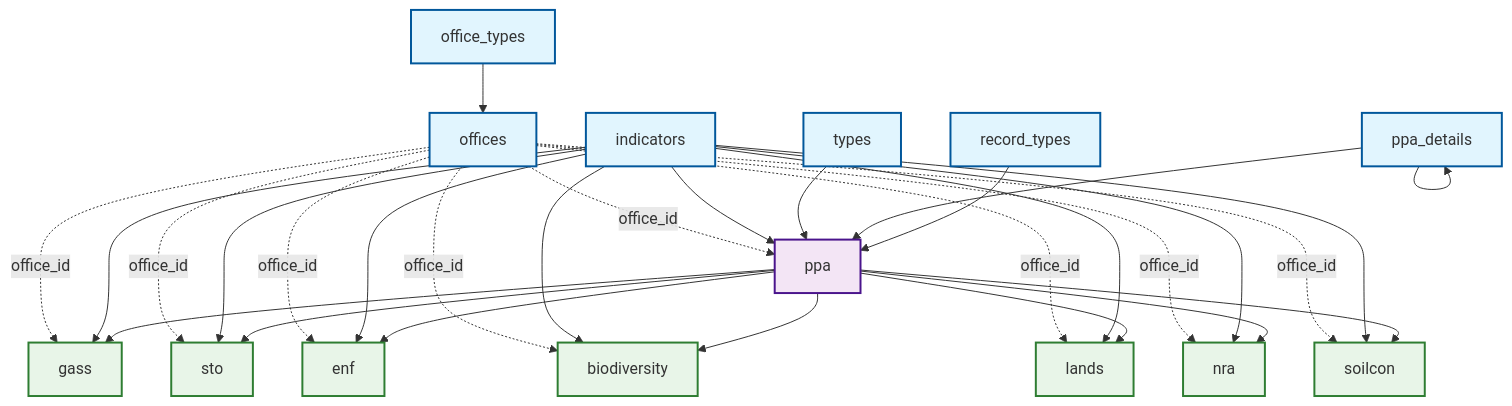
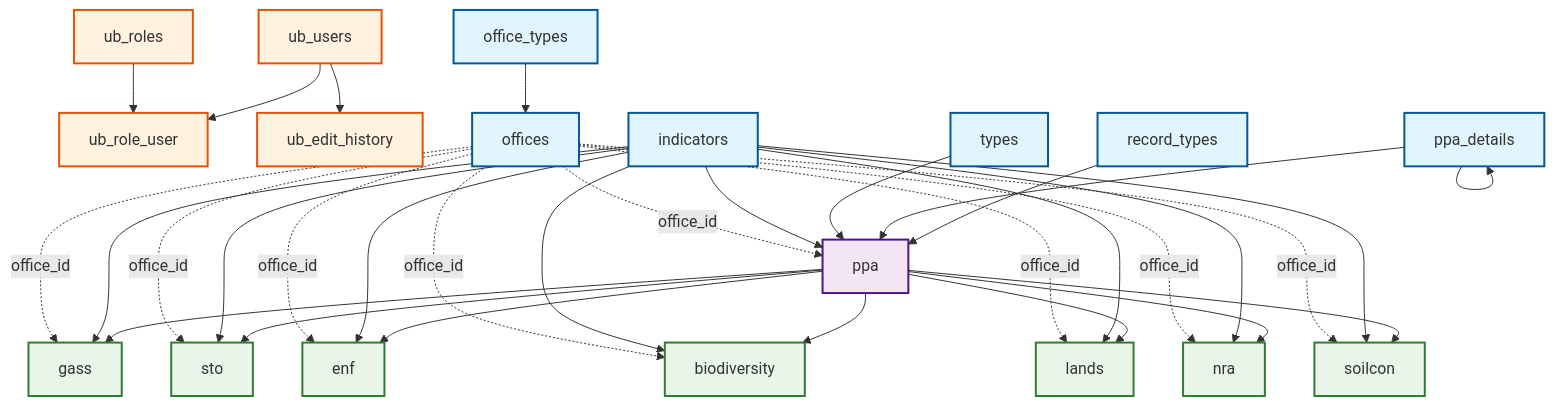
The second of 12 diagrams in db-schema-and-diagram.md (brandon3sican/univ_base), drawn with Mermaid before and after one commit. The commit also changed other lines of this file and 3 other files, not shown here.

````diff
--- a/db-schema-and-diagram.md
+++ b/db-schema-and-diagram.md
@@ -230,49 +263,56 @@
 ```mermaid
 flowchart TD
+    %% Authentication
+    U[ub_users] --> RU[ub_role_user]
+    R[ub_roles] --> RU
+    U --> EH[ub_edit_history]
+    
     %% Office Setup
     OT[office_types] --> O[offices]
     
     %% PPA Structure
     RT[record_types] --> P[ppa]
     PD[ppa_details] --> P
     T[types] --> P
     I[indicators] --> P
     
     %% Module Tables
     P --> GASS[gass]
     P --> STO[sto]
     P --> ENF[enf]
     P --> BIO[biodiversity]
     P --> LAND[lands]
     P --> NRA[nra]
     P --> SOIL[soilcon]
     
     I --> GASS
     I --> STO
     I --> ENF
     I --> BIO
     I --> LAND
     I --> NRA
     I --> SOIL
     
     %% JSON Connections
     O -.->|office_id| P
     O -.->|office_id| GASS
     O -.->|office_id| STO
     O -.->|office_id| ENF
     O -.->|office_id| BIO
     O -.->|office_id| LAND
     O -.->|office_id| NRA
     O -.->|office_id| SOIL
     
     %% Self-reference
     PD --> PD
     
+    classDef auth fill:#fff3e0,stroke:#e65100,stroke-width:2px
     classDef primary fill:#e1f5fe,stroke:#01579b,stroke-width:2px
     classDef secondary fill:#f3e5f5,stroke:#4a148c,stroke-width:2px
     classDef module fill:#e8f5e8,stroke:#2e7d32,stroke-width:2px
     
+    class U,R,RU,EH auth
     class OT,O,RT,PD,T,I primary
     class P secondary
     class GASS,STO,ENF,BIO,LAND,NRA,SOIL module
 ```
````
